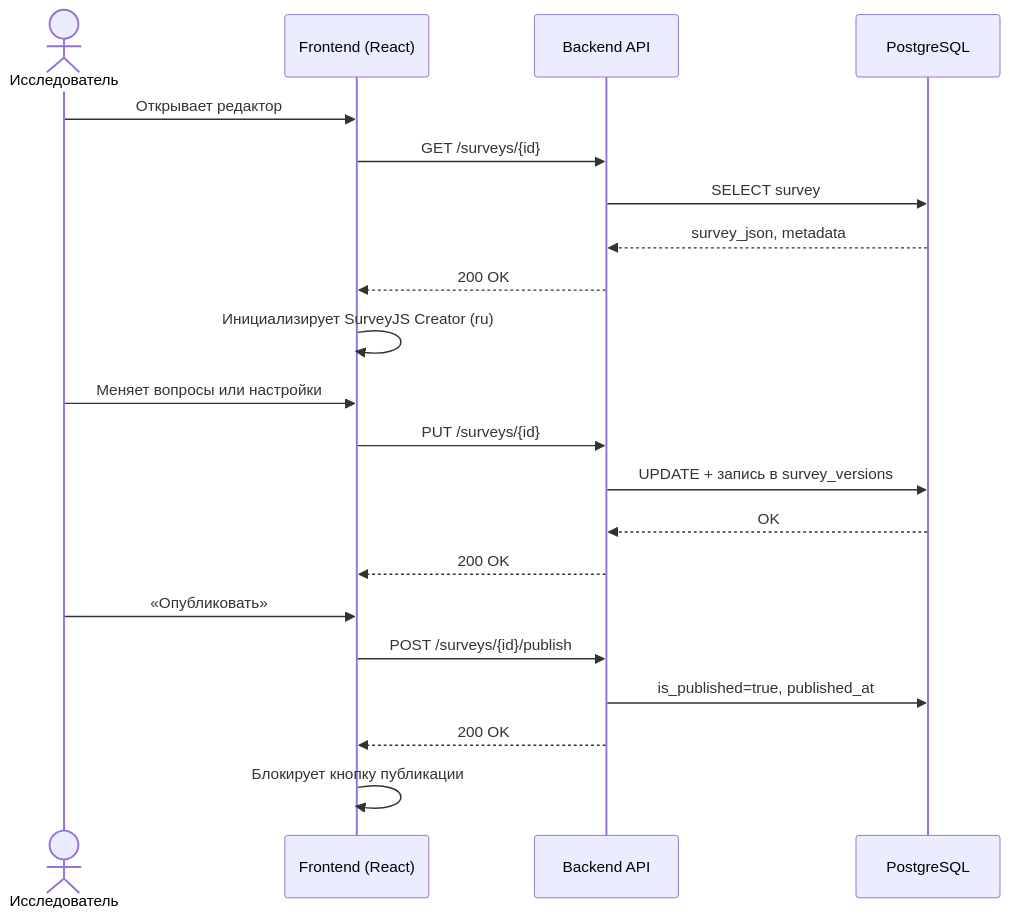
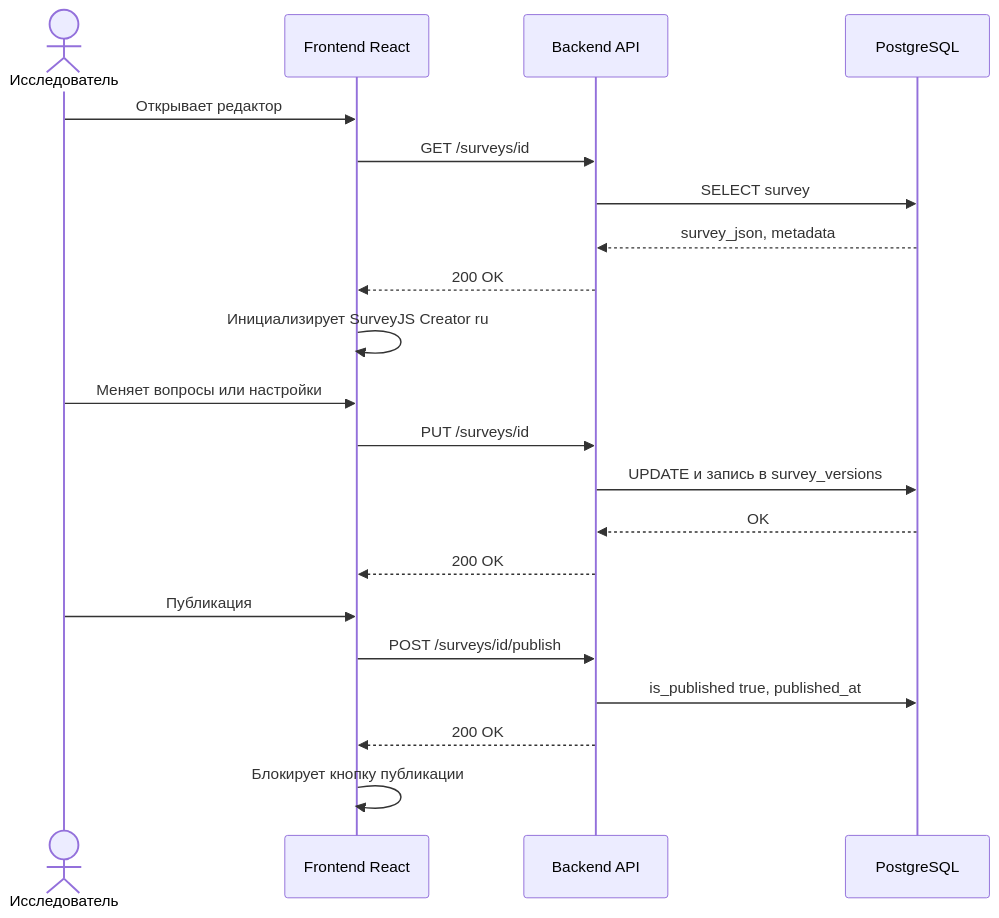
The second of 3 diagrams in docs/vkr-podsystema-konstruktor-anketirovaniya.md (sanya2905/survey-constructor-service), drawn with Mermaid before and after one commit. The commit also changed other lines of this file and 1 other file, not shown here.

````diff
--- a/docs/vkr-podsystema-konstruktor-anketirovaniya.md
+++ b/docs/vkr-podsystema-konstruktor-anketirovaniya.md
@@ -94,26 +109,26 @@
 ```mermaid
 sequenceDiagram
     actor U as Исследователь
-    participant F as Frontend (React)
+    participant F as Frontend React
     participant API as Backend API
     participant DB as PostgreSQL
 
     U->>F: Открывает редактор
-    F->>API: GET /surveys/{id}
+    F->>API: GET /surveys/id
     API->>DB: SELECT survey
     DB-->>API: survey_json, metadata
     API-->>F: 200 OK
-    F->>F: Инициализирует SurveyJS Creator (ru)
+    F->>F: Инициализирует SurveyJS Creator ru
 
     U->>F: Меняет вопросы или настройки
-    F->>API: PUT /surveys/{id}
-    API->>DB: UPDATE + запись в survey_versions
+    F->>API: PUT /surveys/id
+    API->>DB: UPDATE и запись в survey_versions
     DB-->>API: OK
     API-->>F: 200 OK
 
-    U->>F: «Опубликовать»
-    F->>API: POST /surveys/{id}/publish
-    API->>DB: is_published=true, published_at
+    U->>F: Публикация
+    F->>API: POST /surveys/id/publish
+    API->>DB: is_published true, published_at
     API-->>F: 200 OK
     F->>F: Блокирует кнопку публикации
 ```
````
